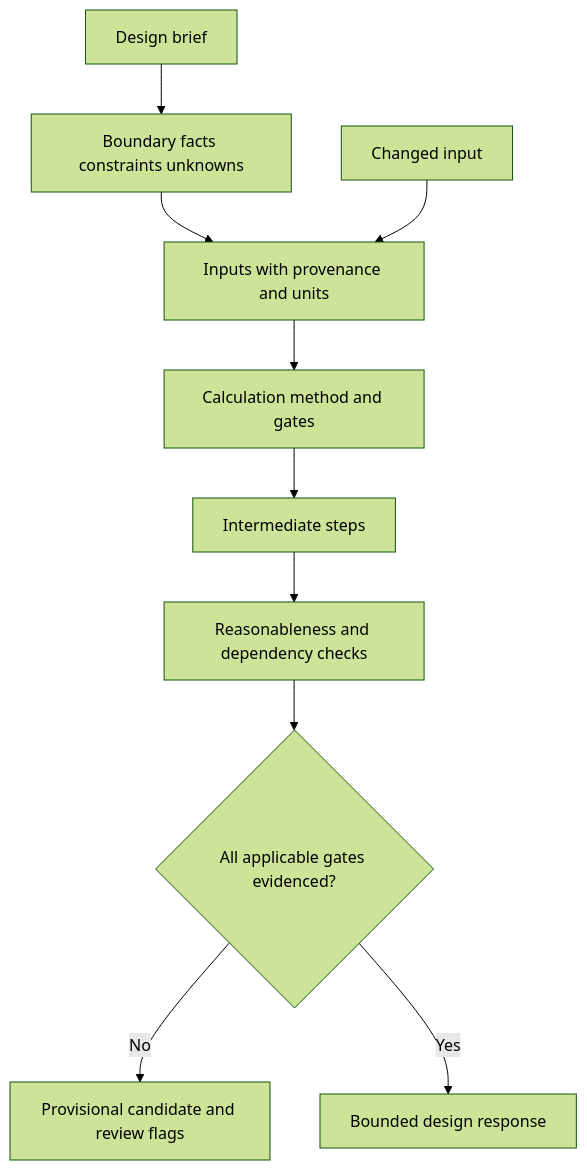
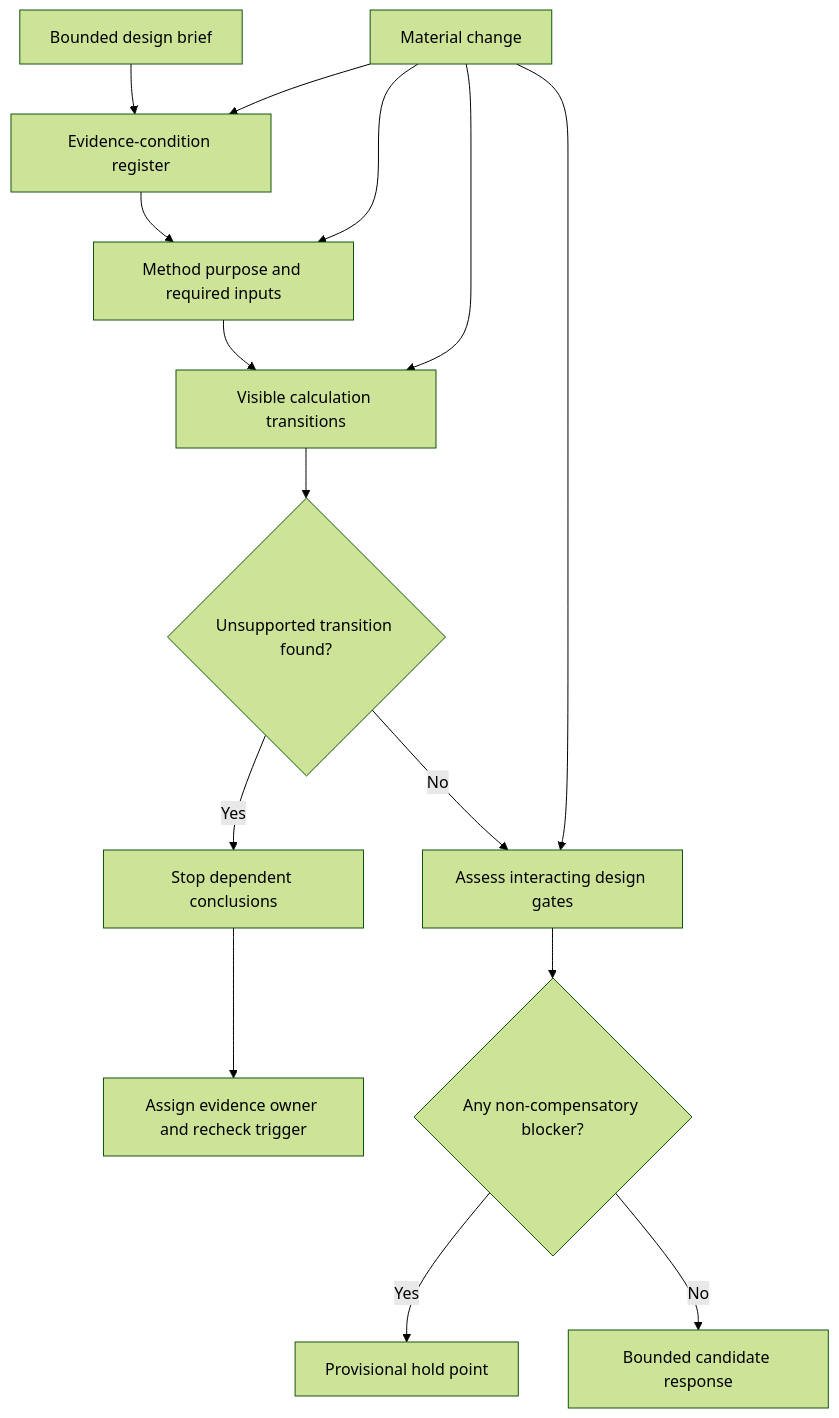
Before and after one commit to andrew3stedall/capstone: the first of 2 diagrams in docs/learning-plans/12-week/modules/day-80-staged-design-and-calculation-mock-assessment.md, drawn with Mermaid (forest theme). The commit also changed other lines of this file and 4 other files, not shown here.

Commit message:
Improve Day 80 staged design and calculation mock

````diff
--- a/docs/learning-plans/12-week/modules/day-80-staged-design-and-calculation-mock-assessment.md
+++ b/docs/learning-plans/12-week/modules/day-80-staged-design-and-calculation-mock-assessment.md
@@ -71,12 +100,17 @@
 ```mermaid
 flowchart TD
-  A[Design brief] --> B[Boundary facts constraints unknowns]
-  B --> C[Inputs with provenance and units]
-  C --> D[Calculation method and gates]
-  D --> E[Intermediate steps]
-  E --> F[Reasonableness and dependency checks]
-  F --> G{All applicable gates evidenced?}
-  G -->|No| H[Provisional candidate and review flags]
-  G -->|Yes| I[Bounded design response]
-  J[Changed input] --> C
+  A[Bounded design brief] --> B[Evidence-condition register]
+  B --> C[Method purpose and required inputs]
+  C --> D[Visible calculation transitions]
+  D --> E{Unsupported transition found?}
+  E -->|Yes| F[Stop dependent conclusions]
+  F --> G[Assign evidence owner and recheck trigger]
+  E -->|No| H[Assess interacting design gates]
+  H --> I{Any non-compensatory blocker?}
+  I -->|Yes| J[Provisional hold point]
+  I -->|No| K[Bounded candidate response]
+  L[Material change] --> B
+  L --> C
+  L --> D
+  L --> H
 ```
````
